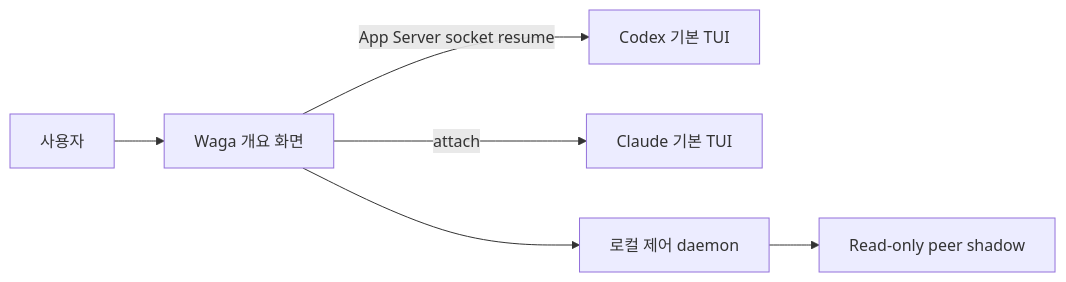
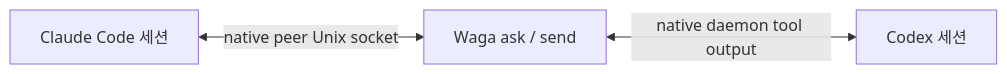
The diagram in README.ko.md (dkwlsdl3/wattari-gattari), drawn with Mermaid before and after one commit. The commit also changed other lines of this file and 8 other files, not shown here.

````diff
--- a/README.ko.md
+++ b/README.ko.md
@@ -27,8 +24,5 @@
 ```mermaid
 flowchart LR
-  Human[사용자] --> Waga[Waga 개요 화면]
-  Waga -->|App Server socket resume| Codex[Codex 기본 TUI]
-  Waga -->|attach| Claude[Claude 기본 TUI]
-  Waga --> Host[로컬 제어 daemon]
-  Host --> Shadow[Read-only peer shadow]
+  C[Claude Code 세션] <-->|native peer Unix socket| W[Waga ask / send]
+  W <-->|native daemon tool output| X[Codex 세션]
 ```
````
